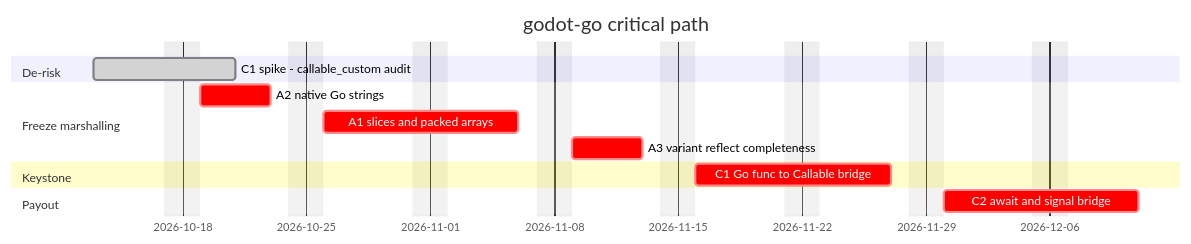
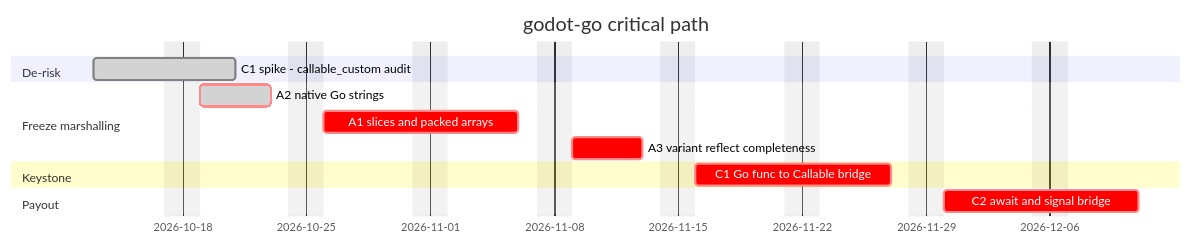
Before and after one commit to godot-go/godot-go: the second of 2 diagrams in docs/roadmap.md, drawn with Mermaid. The commit also changed other lines of this file and 10 other files, not shown here.

````diff
--- a/docs/roadmap.md
+++ b/docs/roadmap.md
@@ -281,16 +292,16 @@
 ```mermaid
 gantt
     title godot-go critical path
     dateFormat YYYY-MM-DD
     excludes weekends
     section De-risk
     C1 spike - callable_custom audit   :done, s1, 2026-10-13, 2026-10-21
     section Freeze marshalling
-    A2 native Go strings               :crit, s2, 2026-10-19, 2026-10-23
+    A2 native Go strings               :done, crit, s2, 2026-10-19, 2026-10-23
     A1 slices and packed arrays        :crit, s3, 2026-10-26, 2026-11-06
     A3 variant reflect completeness    :crit, s4, 2026-11-09, 2026-11-13
     section Keystone
     C1 Go func to Callable bridge      :crit, s5, 2026-11-16, 2026-11-27
     section Payout
     C2 await and signal bridge         :crit, s6, 2026-11-30, 2026-12-11
 ```
````
